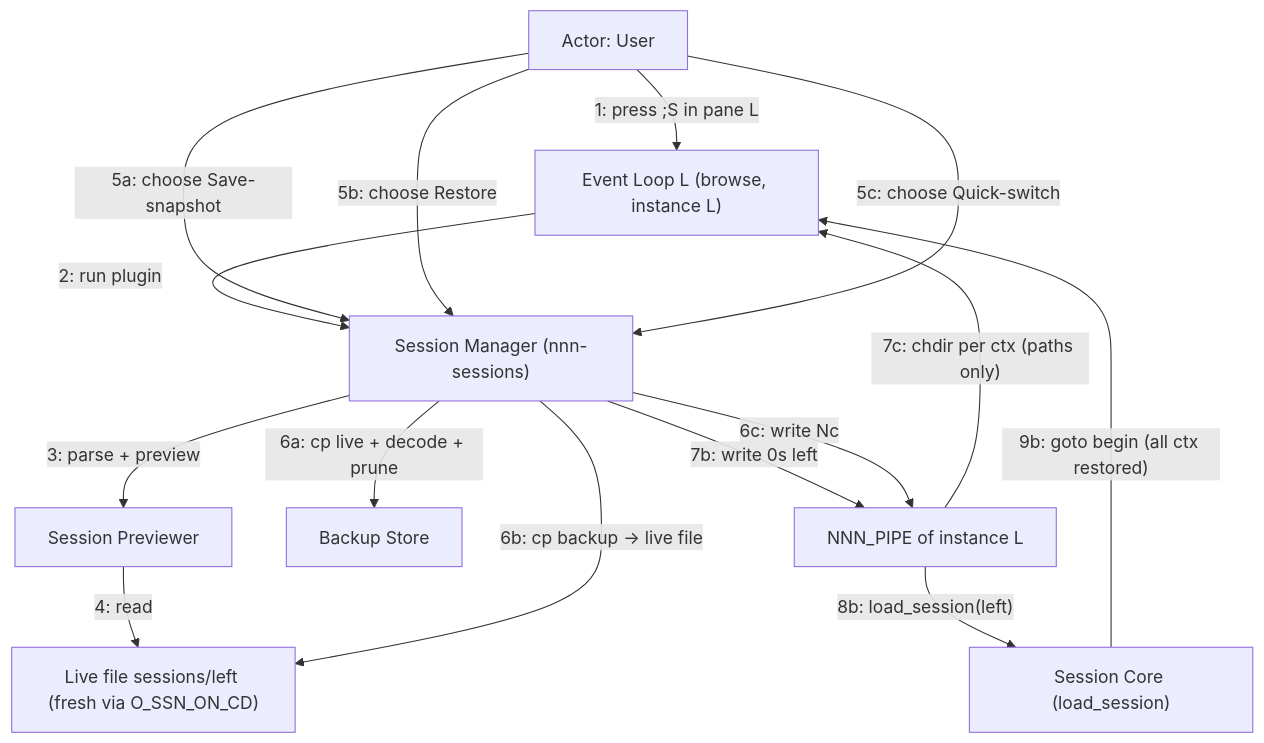
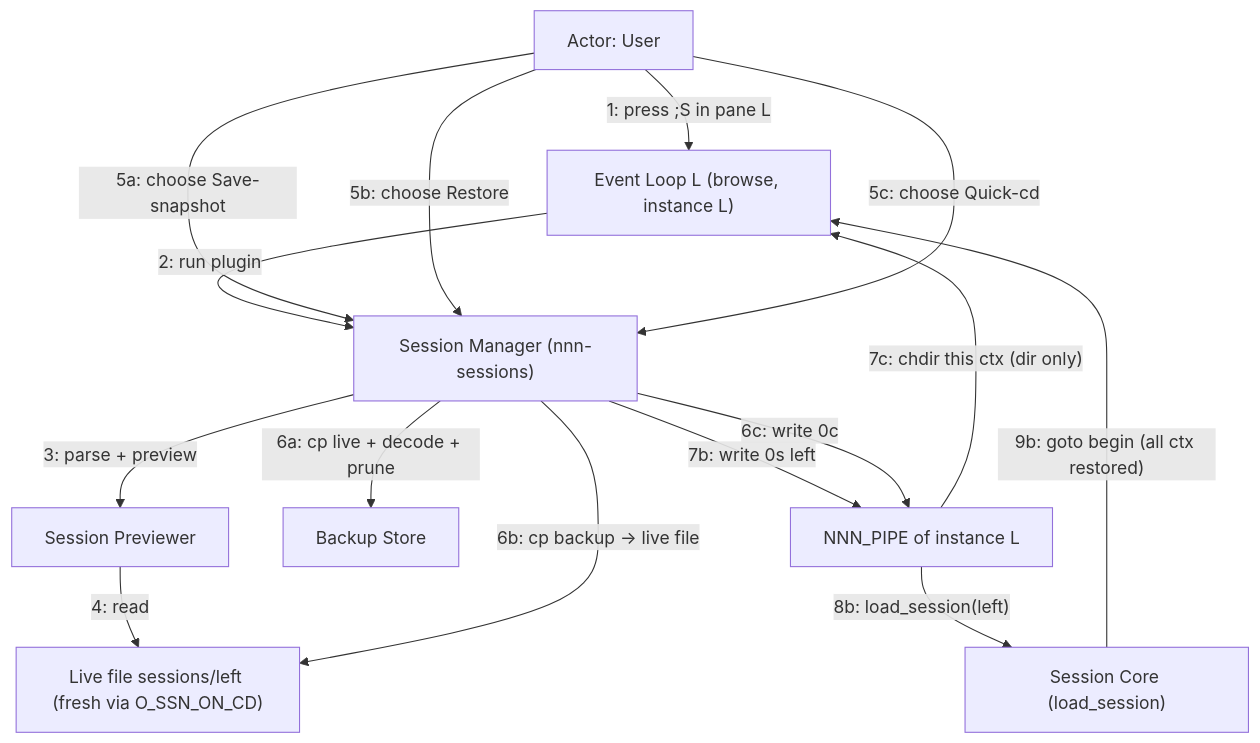
The tenth of 16 diagrams in docs/Brainstorm_nnn_Support_Sessions_Management.md (techcaotri/nnn), drawn with Mermaid before and after one commit. The commit also changed other lines of this file and 7 other files, not shown here.

````diff
--- a/docs/Brainstorm_nnn_Support_Sessions_Management.md
+++ b/docs/Brainstorm_nnn_Support_Sessions_Management.md
@@ -531,27 +557,27 @@
 ```mermaid
 %% Collaboration: (A) save snapshot, (B) faithful restore, (C) quick switch
 flowchart TB
     User["Actor: User"]
     LoopL["Event Loop L (browse, instance L)"]
     Mgr["Session Manager (nnn-sessions)"]
     Prev["Session Previewer"]
     LiveF["Live file sessions/left (fresh via O_SSN_ON_CD)"]
     Store["Backup Store"]
     PipeL["NNN_PIPE of instance L"]
     Core["Session Core (load_session)"]
 
     User -->|"1: press #59;S in pane L"| LoopL
     LoopL -->|"2: run plugin"| Mgr
     Mgr -->|"3: parse + preview"| Prev
     Prev -->|"4: read"| LiveF
     User -->|"5a: choose Save-snapshot"| Mgr
     Mgr -->|"6a: cp live + decode + prune"| Store
     User -->|"5b: choose Restore <ts>"| Mgr
     Mgr -->|"6b: cp backup -> live file"| LiveF
     Mgr -->|"7b: write 0s left"| PipeL
     PipeL -->|"8b: load_session(left)"| Core
     Core -->|"9b: goto begin (all ctx restored)"| LoopL
-    User -->|"5c: choose Quick-switch <name>"| Mgr
-    Mgr -->|"6c: write Nc<path> for each ctx"| PipeL
-    PipeL -->|"7c: chdir per ctx (paths only)"| LoopL
+    User -->|"5c: choose Quick-cd <name>"| Mgr
+    Mgr -->|"6c: write 0c<its current dir>"| PipeL
+    PipeL -->|"7c: chdir this ctx (dir only)"| LoopL
 ```
````
